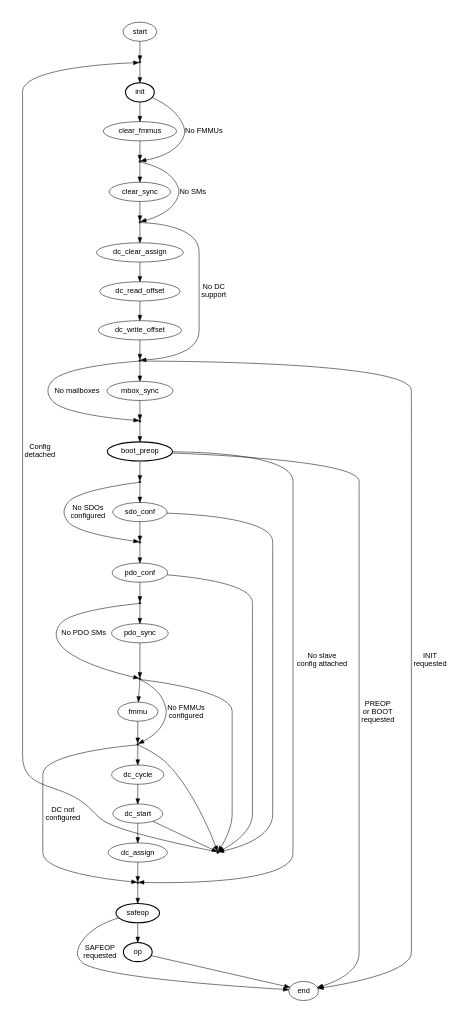
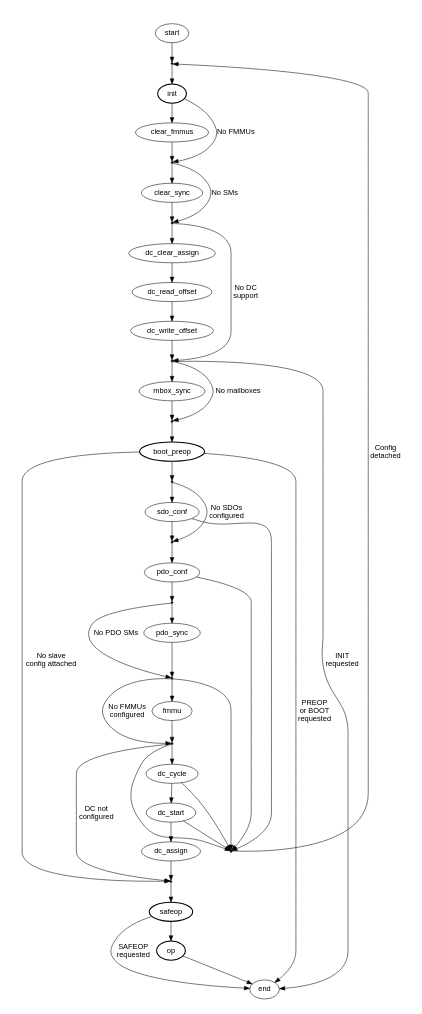
The diagram in documentation/graphs/fsm_slave_conf.dot (ribalda/ethercat), drawn with Graphviz before and after one commit. The commit also changed 3 other files, not shown here.

```diff
--- a/documentation/graphs/fsm_slave_conf.dot
+++ b/documentation/graphs/fsm_slave_conf.dot
@@ -1,115 +1,116 @@
 
 /* $Id$ */
 
 digraph slaveconf {
     size="3,5"
 
     start [fontname="Helvetica"]
     start -> enter_init [weight=10]
 
     enter_init [shape=point, label=""]
     enter_init -> init [weight=10]
 
     reconfigure [shape=point, label=""]
     reconfigure -> enter_init [fontname="Helvetica", label="Config\ndetached"]
 
     init [fontname="Helvetica", style="bold"]
     init -> enter_clear_sync [fontname="Helvetica", label="No FMMUs"]
     init -> clear_fmmus [weight=10]
 
     clear_fmmus [fontname="Helvetica"]
     clear_fmmus -> enter_clear_sync [weight=10]
 
     enter_clear_sync [shape=point, label=""]
     enter_clear_sync -> enter_dc_clear_assign [fontname="Helvetica", label="No SMs"]
     enter_clear_sync -> clear_sync [weight=10]
 
     clear_sync [fontname="Helvetica"]
     clear_sync -> enter_dc_clear_assign [weight=10]
 
     enter_dc_clear_assign [shape=point, label=""]
     enter_dc_clear_assign -> enter_mbox_sync [fontname="Helvetica", label="No DC\nsupport"]
     enter_dc_clear_assign -> dc_clear_assign [weight=10]
 
     dc_clear_assign [fontname="Helvetica"]
     dc_clear_assign -> dc_read_offset [weight=10]
 
     dc_read_offset [fontname="Helvetica"]
     dc_read_offset -> dc_write_offset [weight=10]
 
     dc_write_offset [fontname="Helvetica"]
     dc_write_offset -> enter_mbox_sync [weight=10]
 
     enter_mbox_sync [shape=point, label=""]
     enter_mbox_sync -> end [fontname="Helvetica", label="INIT\nrequested"]
     enter_mbox_sync -> enter_boot_preop [fontname="Helvetica", label="No mailboxes"]
     enter_mbox_sync -> mbox_sync [weight=10]
 
     mbox_sync [fontname="Helvetica"]
     mbox_sync -> enter_boot_preop [weight=10]
 
     enter_boot_preop [shape=point, label=""]
     enter_boot_preop -> boot_preop [weight=10]
 
     boot_preop [fontname="Helvetica", style="bold"]
     boot_preop -> end [fontname="Helvetica", label="PREOP\nor BOOT\nrequested"]
     boot_preop -> enter_safeop [fontname="Helvetica", label="No slave\nconfig attached"]
     boot_preop -> enter_sdo_conf [weight=10]
 
     enter_sdo_conf [shape=point, label=""]
     enter_sdo_conf -> enter_pdo_conf [fontname="Helvetica", label="No SDOs\nconfigured"]
     enter_sdo_conf -> sdo_conf [weight=10]
 
     sdo_conf [fontname="Helvetica"]
     sdo_conf -> reconfigure
     sdo_conf -> enter_pdo_conf [weight=10]
 
     enter_pdo_conf [shape=point, label=""]
     enter_pdo_conf -> pdo_conf [weight=10]
 
     pdo_conf [fontname="Helvetica"]
     pdo_conf -> reconfigure
     pdo_conf -> enter_pdo_sync [weight=10]
 
     enter_pdo_sync [shape=point, label=""]
     enter_pdo_sync -> enter_fmmu [fontname="Helvetica", label="No PDO SMs"]
     enter_pdo_sync -> pdo_sync [weight=10]
 
     pdo_sync [fontname="Helvetica"]
     pdo_sync -> enter_fmmu [weight=10]
 
     enter_fmmu [shape=point,label=""]
     enter_fmmu -> reconfigure
     enter_fmmu -> enter_dc_cycle [fontname="Helvetica", label="No FMMUs\nconfigured"]
     enter_fmmu -> fmmu [weight=10]
 
     fmmu [fontname="Helvetica"]
     fmmu -> enter_dc_cycle [weight=10]
 
     enter_dc_cycle [shape=point,label=""]
     enter_dc_cycle -> reconfigure
     enter_dc_cycle -> dc_cycle [weight=10]
     enter_dc_cycle -> enter_safeop [fontname="Helvetica", label="DC not\nconfigured"]
 
     dc_cycle [fontname="Helvetica"]
+    dc_cycle -> reconfigure
     dc_cycle -> dc_start [weight=10]
 
     dc_start [fontname="Helvetica"]
     dc_start -> reconfigure
     dc_start -> dc_assign [weight=10]
 
     dc_assign [fontname="Helvetica"]
     dc_assign -> enter_safeop [weight=10]
 
     enter_safeop [shape=point,label=""]
     enter_safeop -> safeop [weight=10]
 
     safeop [fontname="Helvetica", style="bold"]
     safeop -> end [fontname="Helvetica", label="SAFEOP\nrequested"]
     safeop -> op [weight=10]
 
     op [fontname="Helvetica", style="bold"]
     op -> end
 
     end [fontname="Helvetica"]
 }
```
